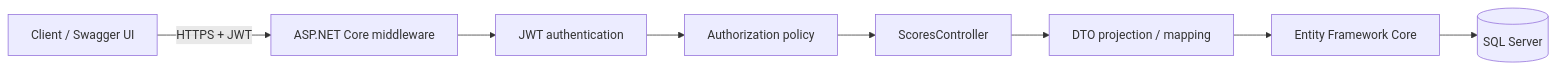
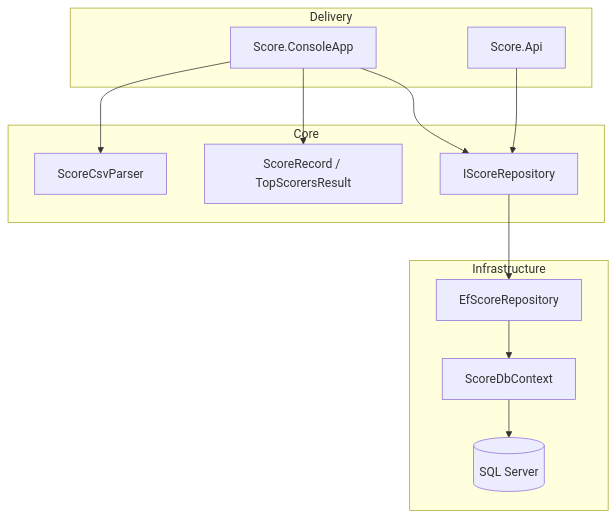
One commit to Mafuri1/ninety9Score changed the first of 3 diagrams in docs/ARCHITECTURE.md. Above: the diagram before and after it, drawn with Mermaid. The commit also changed other lines of this file and 51 other files, not shown here.

````diff
--- a/docs/ARCHITECTURE.md
+++ b/docs/ARCHITECTURE.md
@@ -99,10 +7,27 @@
 ```mermaid
-flowchart LR
-    Caller[Client / Swagger UI] -->|HTTPS + JWT| Middleware[ASP.NET Core middleware]
-    Middleware --> AuthN[JWT authentication]
-    AuthN --> AuthZ[Authorization policy]
-    AuthZ --> Controller[ScoresController]
-    Controller --> Mapping[DTO projection / mapping]
-    Mapping --> EF[Entity Framework Core]
-    EF --> DB[(SQL Server)]
+flowchart TD
+    subgraph Delivery
+        Console[Score.ConsoleApp]
+        API[Score.Api]
+    end
+
+    subgraph Core
+        Parser[ScoreCsvParser]
+        Model[ScoreRecord / TopScorersResult]
+        Contract[IScoreRepository]
+    end
+
+    subgraph Infrastructure
+        Repository[EfScoreRepository]
+        Context[ScoreDbContext]
+        SQL[(SQL Server)]
+    end
+
+    Console --> Parser
+    Console --> Model
+    Console --> Contract
+    API --> Contract
+    Contract --> Repository
+    Repository --> Context
+    Context --> SQL
 ```
````
